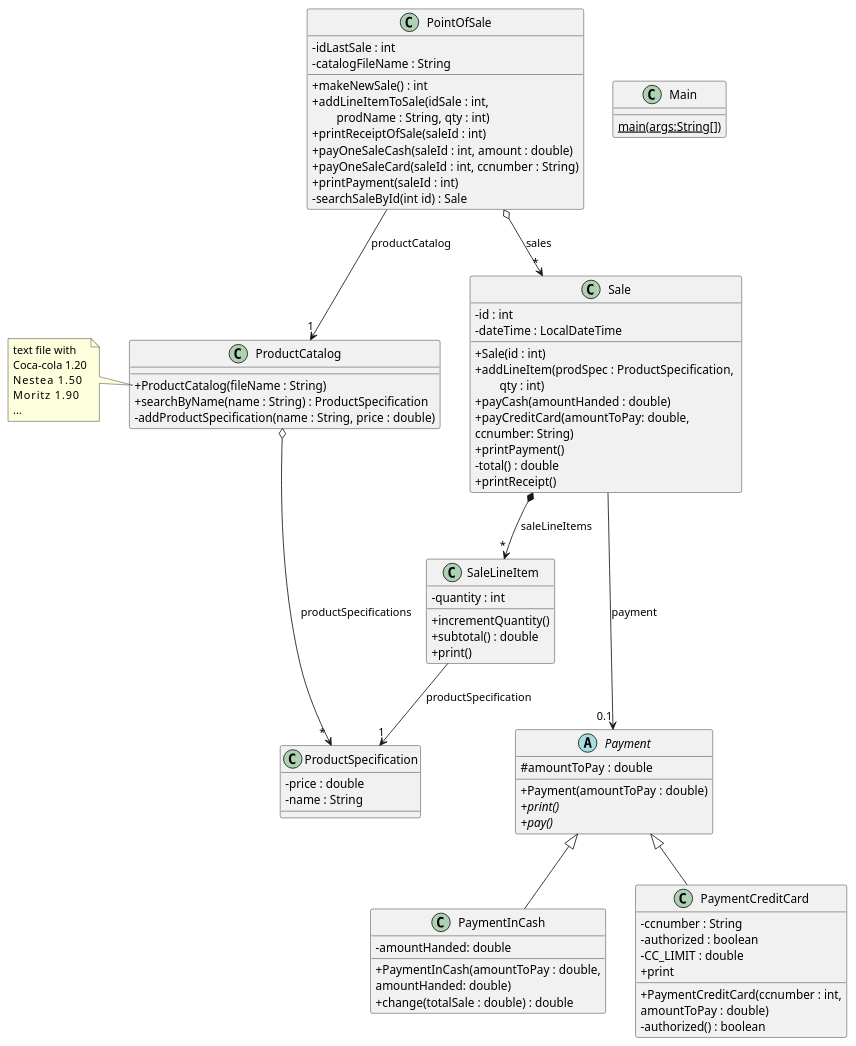
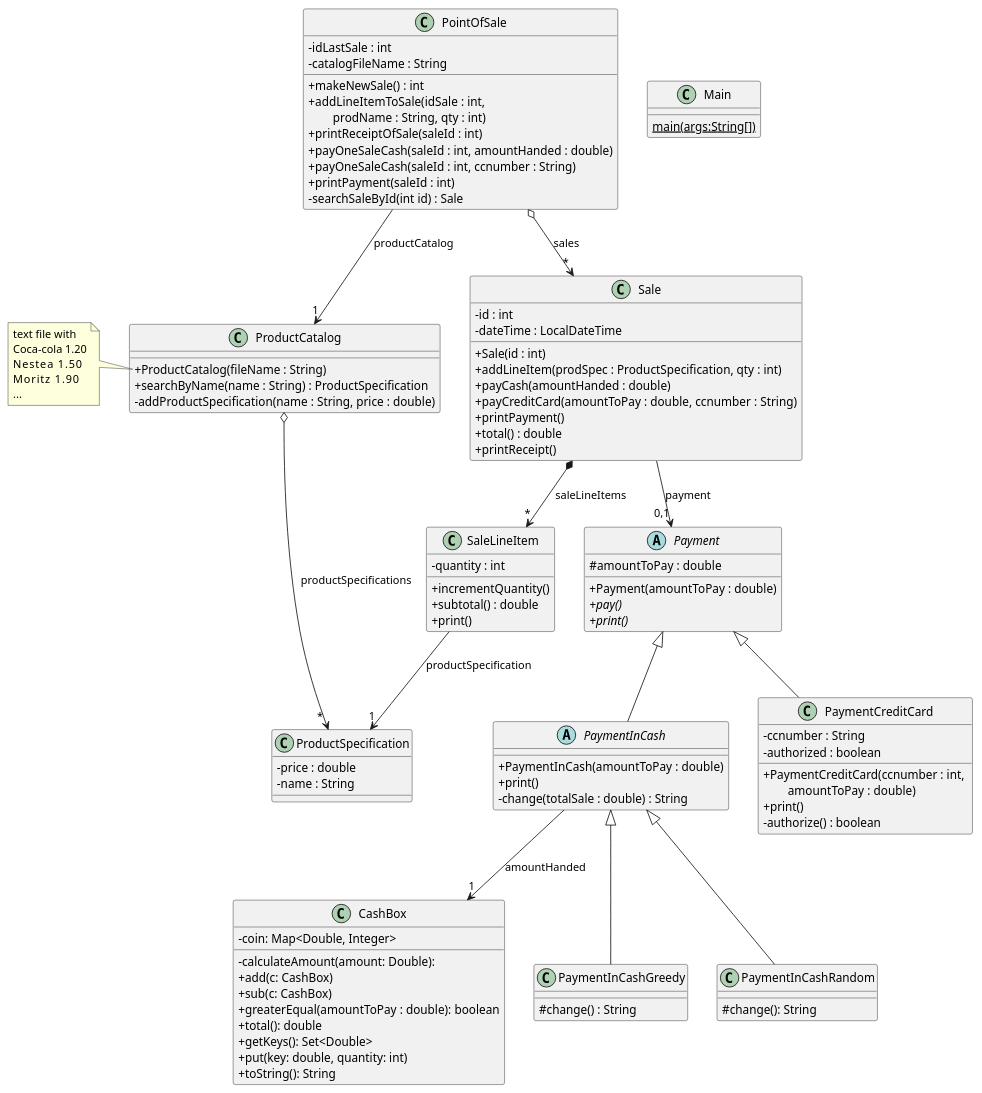
One commit to NIU1707994/DS changed the diagram in PointOfSale/out/production/PointOfSale/pos/pos.puml. Above: the diagram before and after it, drawn with PlantUML. The commit also changed 33 other files, not shown here.

Commit message:
Random change methos + last methods CashBox

```diff
--- a/PointOfSale/out/production/PointOfSale/pos/pos.puml
+++ b/PointOfSale/out/production/PointOfSale/pos/pos.puml
@@ -1,90 +1,109 @@
 @startuml
 'https://plantuml.com/class-diagram
 skinparam classAttributeIconSize 0
 
 class Main {
 {static} main(args:String[])
 }
 
 class PointOfSale {
 - idLastSale : int
 - catalogFileName : String
 + makeNewSale() : int
 + addLineItemToSale(idSale : int, \n\tprodName : String, qty : int)
 + printReceiptOfSale(saleId : int)
-+ payOneSaleCash(saleId : int, amount : double)
-+ payOneSaleCard(saleId : int, ccnumber : String)
++ payOneSaleCash(saleId : int, amountHanded : double)
++ payOneSaleCash(saleId : int, ccnumber : String)
 + printPayment(saleId : int)
 - searchSaleById(int id) : Sale
 }
 
 class ProductCatalog {
 + ProductCatalog(fileName : String)
 + searchByName(name : String) : ProductSpecification
 - addProductSpecification(name : String, price : double)
 }
 
 note left of ProductCatalog::ProductCatalog {
 text file with
 Coca-cola 1.20
 Nestea    1.50
 Moritz    1.90
 ...
 }
 
 class ProductSpecification {
 - price : double
 - name : String
 }
 
 class Sale {
 - id : int
 - dateTime : LocalDateTime
 + Sale(id : int)
-+ addLineItem(prodSpec : ProductSpecification, \n\tqty : int)
++ addLineItem(prodSpec : ProductSpecification, qty : int)
 + payCash(amountHanded : double)
-+ payCreditCard(amountToPay: double,
-        ccnumber: String)
++ payCreditCard(amountToPay : double, ccnumber : String)
 + printPayment()
-- total() : double
++ total() : double
 + printReceipt()
-}
 
-abstract Payment {
-# amountToPay : double
-+ Payment(amountToPay : double)
-{abstract}+ print()
-{abstract}+ pay()
-}
-
-class PaymentInCash extends Payment {
--amountHanded: double
-+ PaymentInCash(amountToPay : double,
- amountHanded: double)
-+ change(totalSale : double) : double
-}
-
-class PaymentCreditCard extends Payment {
--ccnumber : String
--authorized : boolean
--CC_LIMIT : double
-+ PaymentCreditCard(ccnumber : int,
-    amountToPay : double)
-- authorized() : boolean
-+ print
 }
 
 class SaleLineItem {
 - quantity : int
 + incrementQuantity()
 + subtotal() : double
 + print()
 }
 
+abstract class Payment {
+  # amountToPay : double
+  + Payment(amountToPay : double)
+  + {abstract} pay()
+  + {abstract} print()
+}
+
+class CashBox {
+-coin: Map<Double, Integer>
+-calculateAmount(amount: Double):
++add(c: CashBox)
++sub(c: CashBox)
++greaterEqual(amountToPay : double): boolean
++total(): double
++getKeys(): Set<Double>
++put(key: double, quantity: int)
++toString(): String
+}
+
+abstract class PaymentInCash extends Payment {
+  + PaymentInCash(amountToPay : double)
+  + print()
+  - change(totalSale : double) : String
+}
+
+Sale --> "0,1" Payment : payment
+
+class PaymentInCashGreedy extends PaymentInCash{
+#change() : String
+}
+
+class PaymentInCashRandom extends PaymentInCash {
+#change(): String
+}
+
+class PaymentCreditCard extends Payment {
+  - ccnumber : String
+  - authorized : boolean
+  + PaymentCreditCard(ccnumber : int, \n\tamountToPay : double)
+  + print()
+  - authorize() : boolean
+}
+
 PointOfSale o--> "*" Sale : sales
 Sale *--> "*" SaleLineItem : saleLineItems
 SaleLineItem --> "1" ProductSpecification : productSpecification
 PointOfSale --> "1" ProductCatalog : productCatalog
 ProductCatalog o--> " * " ProductSpecification : productSpecifications
-Sale ---> "0.1" Payment : payment
+PaymentInCash --> "1" CashBox : amountHanded
 @enduml
```
